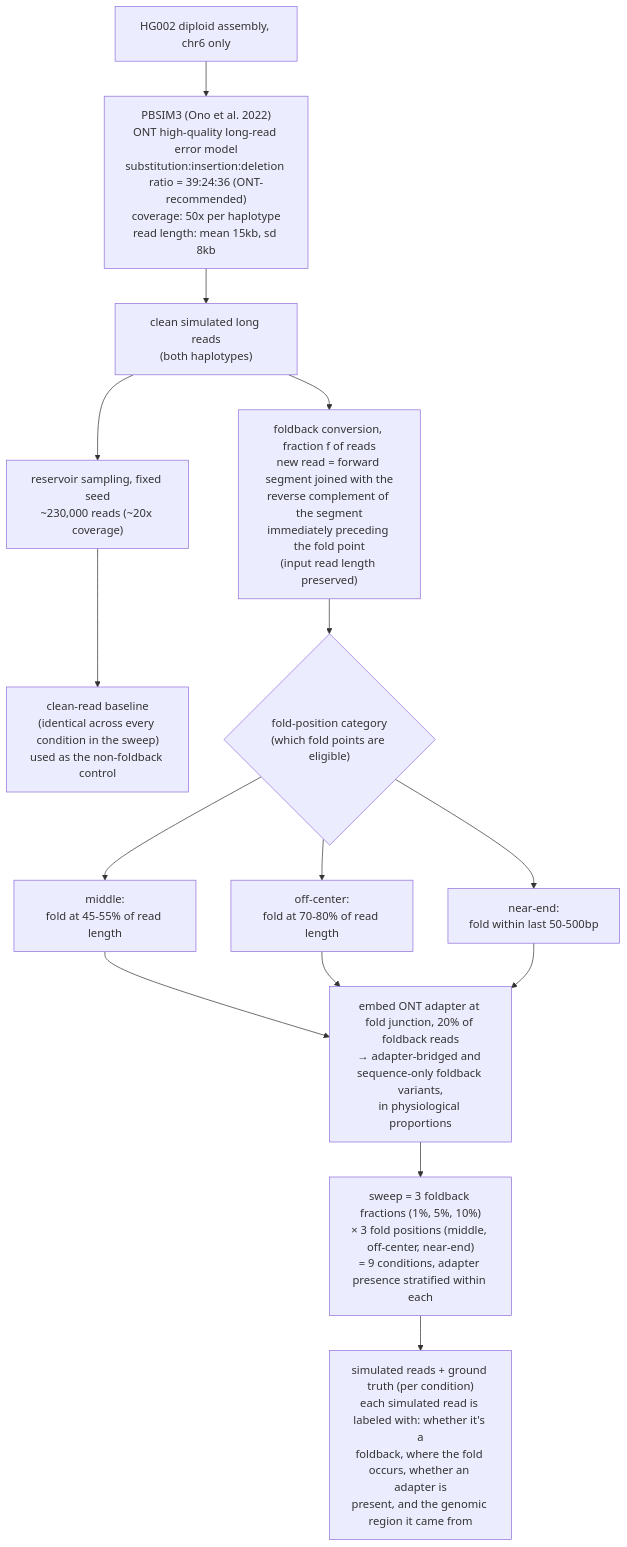
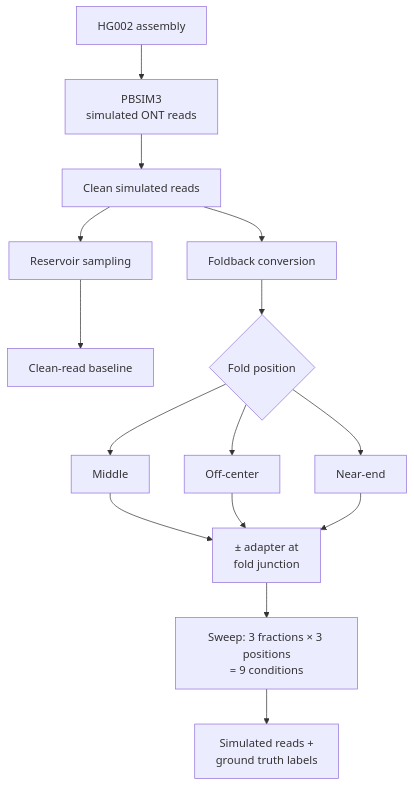
The second of 4 diagrams in charts.md (collaborativebioinformatics/Foldback_hunters), drawn with Mermaid before and after one commit. The commit also changed other lines of this file, not shown here.

````diff
--- a/charts.md
+++ b/charts.md
@@ -39,23 +24,20 @@
 ```mermaid
 flowchart TD
-    G["HG002 diploid assembly, chr6 only"] --> P["PBSIM3 (Ono et al. 2022)<br/>ONT high-quality long-read error model<br/>substitution:insertion:deletion ratio = 39:24:36 (ONT-recommended)<br/>coverage: 50x per haplotype<br/>read length: mean 15kb, sd 8kb"]
-    P --> CL["clean simulated long reads<br/>(both haplotypes)"]
+    G[HG002 assembly] --> P[PBSIM3<br/>simulated ONT reads]
+    P --> CL[Clean simulated reads]
 
-    CL --> RS["reservoir sampling, fixed seed<br/>~230,000 reads (~20x coverage)"]
-    CL --> FC["foldback conversion, fraction f of reads<br/>new read = forward segment joined with the<br/>reverse complement of the segment<br/>immediately preceding the fold point<br/>(input read length preserved)"]
+    CL --> RS[Reservoir sampling] --> CB[Clean-read baseline]
+    CL --> FC[Foldback conversion]
 
-    RS --> CB["clean-read baseline<br/>(identical across every condition in the sweep)<br/>used as the non-foldback control"]
+    FC --> FPC{Fold position}
+    FPC --> MID[Middle]
+    FPC --> OFF[Off-center]
+    FPC --> NEAR[Near-end]
 
-    FC --> FPC{"fold-position category<br/>(which fold points are eligible)"}
-    FPC --> MID["middle:<br/>fold at 45-55% of read length"]
-    FPC --> OFF["off-center:<br/>fold at 70-80% of read length"]
-    FPC --> NEAR["near-end:<br/>fold within last 50-500bp"]
+    MID --> ADAPT[± adapter at<br/>fold junction]
+    OFF --> ADAPT
+    NEAR --> ADAPT
 
-    MID --> ADAPT
-    OFF --> ADAPT
-    NEAR --> ADAPT["embed ONT adapter at fold junction, 20% of foldback reads<br/>→ adapter-bridged and sequence-only foldback variants,<br/>in physiological proportions"]
-
-    ADAPT --> SWEEP["sweep = 3 foldback fractions (1%, 5%, 10%)<br/>× 3 fold positions (middle, off-center, near-end)<br/>= 9 conditions, adapter presence stratified within each"]
-
-    SWEEP --> OUT["simulated reads + ground truth (per condition)<br/>each simulated read is labeled with: whether it's a<br/>foldback, where the fold occurs, whether an adapter is<br/>present, and the genomic region it came from"]
+    ADAPT --> SWEEP["Sweep: 3 fractions × 3 positions<br/>= 9 conditions"]
+    SWEEP --> OUT[Simulated reads +<br/>ground truth labels]
 ```
````
